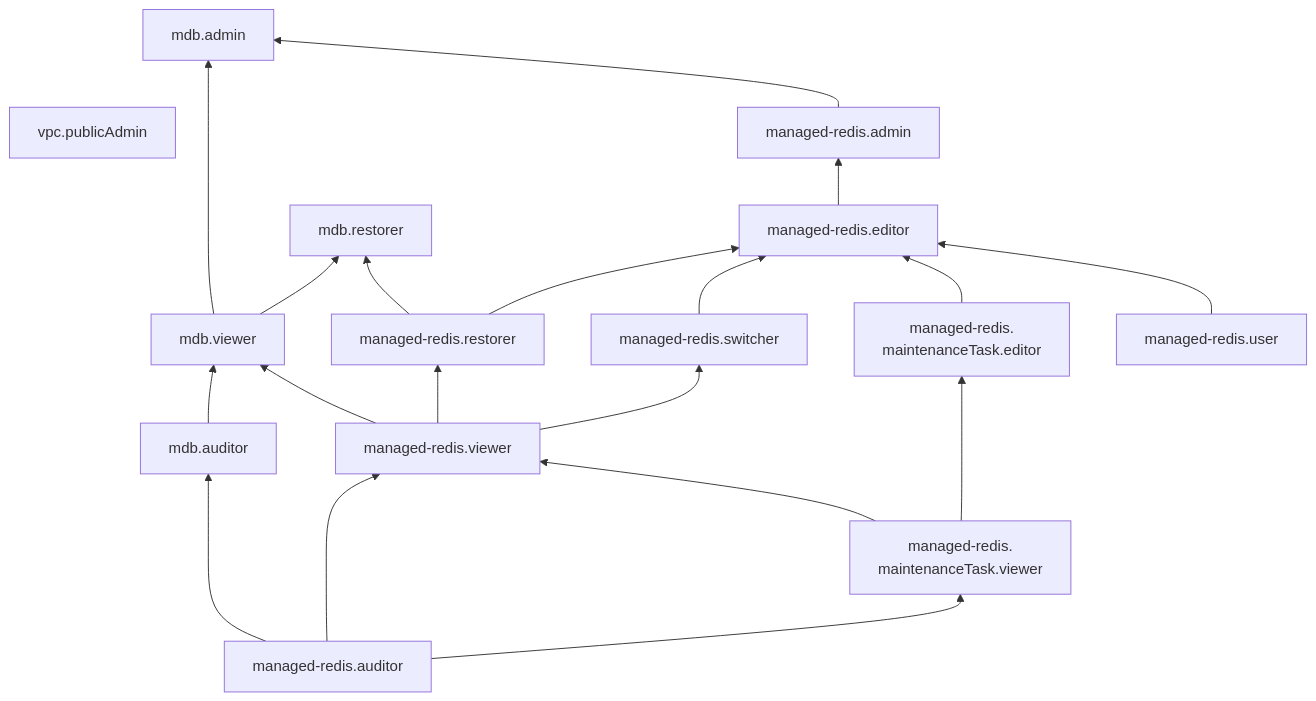
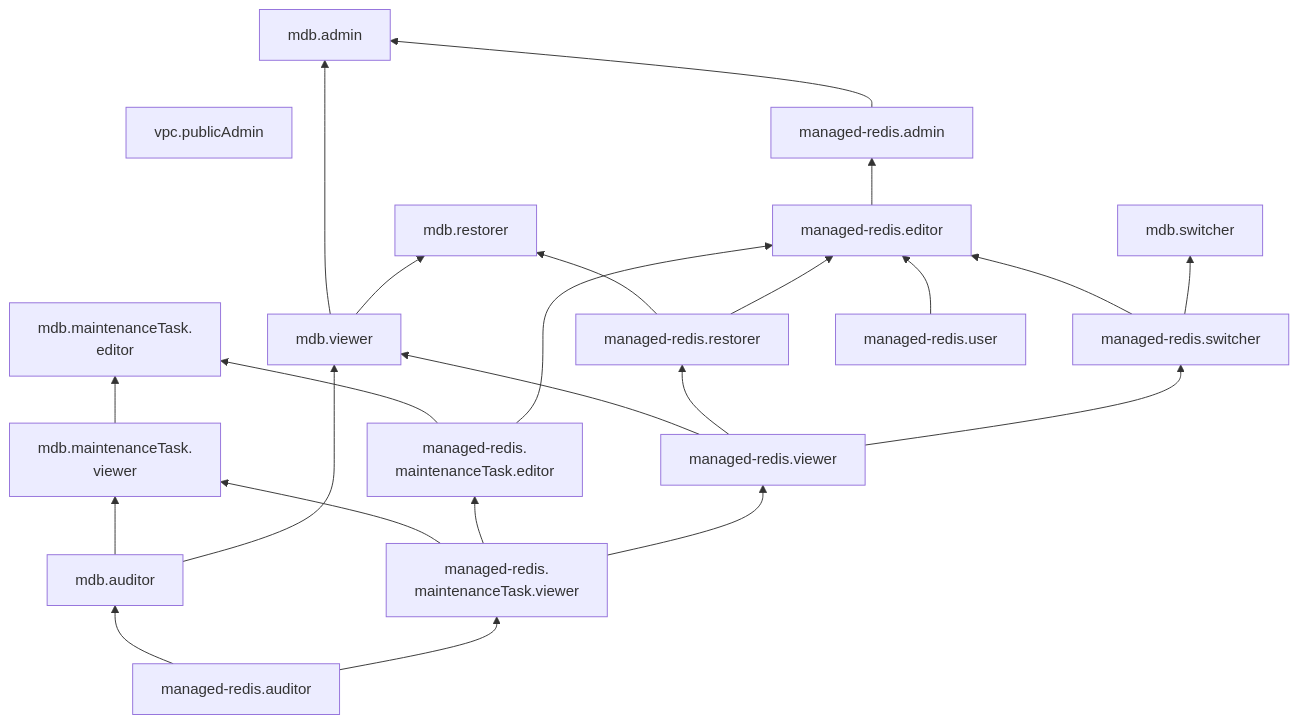
The diagram in ru/_mermaid/roles/managed-valkey.md (yandex-cloud/docs), drawn with Mermaid before and after one commit. The commit also changed 235 other files, not shown here.

````diff
--- a/ru/_mermaid/roles/managed-valkey.md
+++ b/ru/_mermaid/roles/managed-valkey.md
@@ -1,24 +1,30 @@
 ```mermaid
 flowchart BT
     vpc.publicAdmin ~~~ mdb.admin
+    managed-redis.auditor --> mdb.auditor
+    mdb.auditor --> mdb.maintenanceTask.viewer
+    mdb.auditor --> mdb.viewer
     mdb.viewer --> mdb.admin
-    mdb.auditor --> mdb.viewer
+    managed-redis.restorer --> mdb.restorer
     mdb.viewer --> mdb.restorer
-    managed-redis.auditor --> mdb.auditor
     managed-redis.viewer --> mdb.viewer
-    managed-redis.restorer --> mdb.restorer
-    managed-redis.admin --> mdb.admin
-    managed-redis.editor --> managed-redis.admin
     managed-redis.viewer --> managed-redis.restorer
+    managed-redis.maintenanceTask.viewer --> mdb.maintenanceTask.viewer["`mdb.maintenanceTask.
+    viewer`"]
+    managed-redis.maintenanceTask.viewer --> managed-redis.maintenanceTask.editor["`managed-redis.
+    maintenanceTask.editor`"]
+    mdb.maintenanceTask.viewer --> mdb.maintenanceTask.editor
+    managed-redis.maintenanceTask.editor --> mdb.maintenanceTask.editor["`mdb.maintenanceTask.
+    editor`"]
+    managed-redis.switcher --> managed-redis.editor
     managed-redis.restorer --> managed-redis.editor
-    managed-redis.switcher --> managed-redis.editor
-    managed-redis.viewer --> managed-redis.switcher
     managed-redis.maintenanceTask.editor --> managed-redis.editor
-    managed-redis.maintenanceTask.viewer --> managed-redis.viewer
-    managed-redis.user --> managed-redis.editor
-    managed-redis.auditor --> managed-redis.viewer
     managed-redis.auditor --> managed-redis.maintenanceTask.viewer["`managed-redis.
     maintenanceTask.viewer`"]
-    managed-redis.maintenanceTask.viewer --> managed-redis.maintenanceTask.editor["`managed-redis.
-    maintenanceTask.editor`"]
+    managed-redis.user --> managed-redis.editor
+    managed-redis.editor --> managed-redis.admin
+    managed-redis.admin --> mdb.admin
+    managed-redis.switcher --> mdb.switcher
+    managed-redis.viewer --> managed-redis.switcher
+    managed-redis.maintenanceTask.viewer --> managed-redis.viewer
 ```
````
